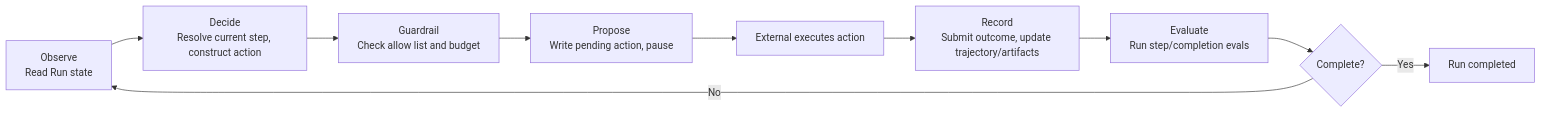
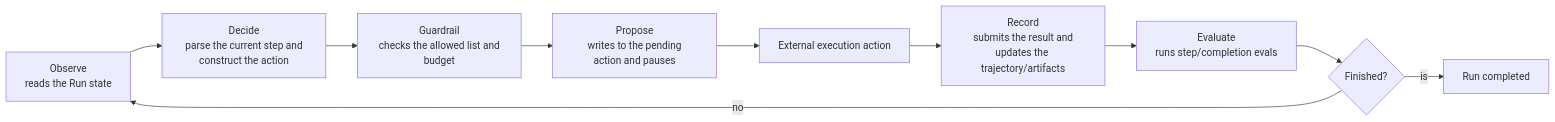
Before and after one commit to rpamis/comet-website-docs: the first of 3 diagrams in en/skill-creator/engine.mdx, drawn with Mermaid. The commit also changed other lines of this file and 158 other files, not shown here.

````diff
--- a/en/skill-creator/engine.mdx
+++ b/en/skill-creator/engine.mdx
@@ -147,12 +171,12 @@
 ```mermaid
 flowchart LR
-  A["Observe<br/>Read Run state"] --> B["Decide<br/>Resolve current step, construct action"]
-  B --> C["Guardrail<br/>Check allow list and budget"]
-  C --> D["Propose<br/>Write pending action, pause"]
-  D --> E["External executes action"]
-  E --> F["Record<br/>Submit outcome, update trajectory/artifacts"]
-  F --> G["Evaluate<br/>Run step/completion evals"]
-  G --> H{"Complete?"}
-  H -->|No| A
-  H -->|Yes| I["Run completed"]
+  A["Observe<br/> reads the Run state"] --> B["Decide<br/> parse the current step and construct the action"]
+  B --> C["Guardrail<br/> checks the allowed list and budget"]
+  C --> D["Propose<br/> writes to the pending action and pauses"]
+  D --> E["External execution action"]
+  E --> F["Record<br/> submits the result and updates the trajectory/artifacts"]
+  F --> G["Evaluate<br/> runs step/completion evals"]
+  G --> H{"Finished?"}
+  H -->|no| A
+  H -->|is| I["Run completed"]
 ```
````
